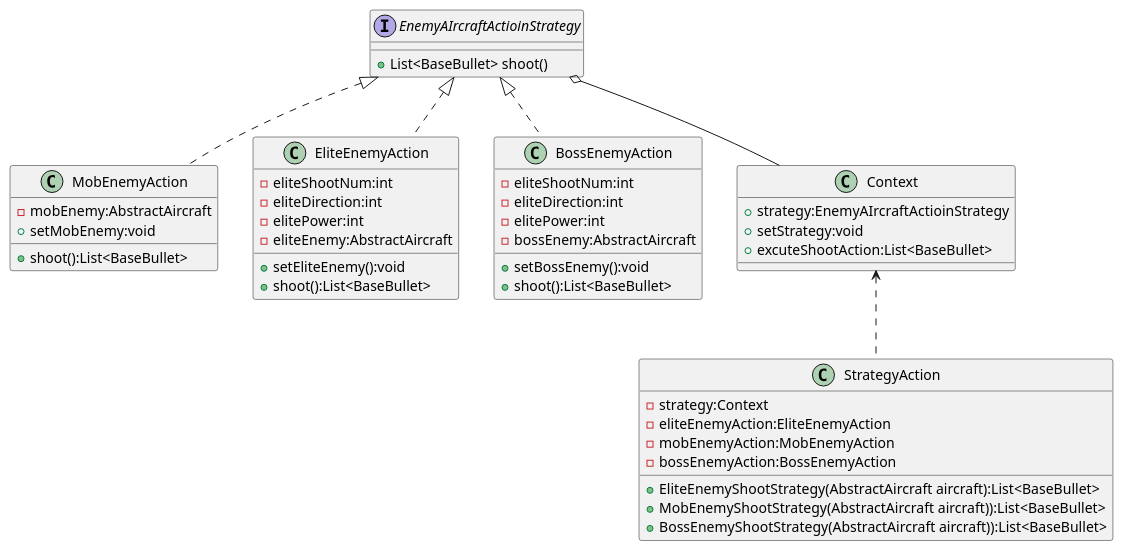
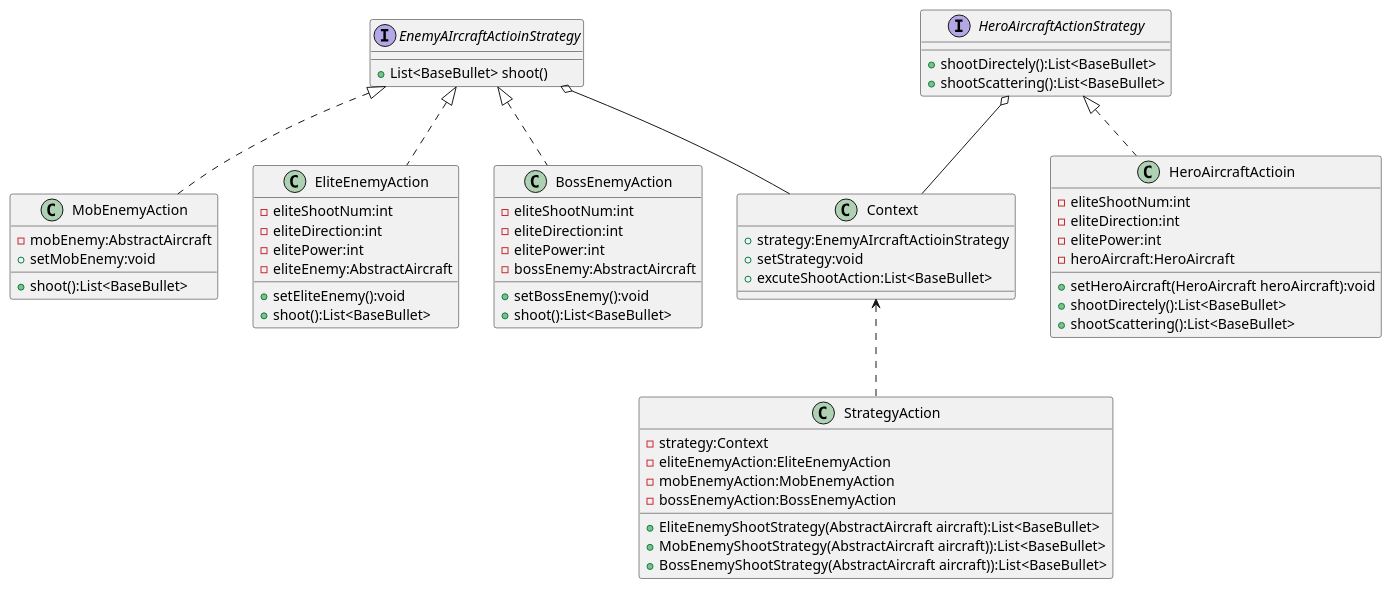
The diagram in uml/AIrcraftStrategy.puml (violence-max/GameAircraft), drawn with PlantUML before and after one commit. The commit also changed 3 other files, not shown here.

Commit message:
feat:为策略模式新增与英雄机相关的类图

```diff
--- a/uml/AIrcraftStrategy.puml
+++ b/uml/AIrcraftStrategy.puml
@@ -1,55 +1,73 @@
 @startuml
 'https://plantuml.com/class-diagram
 
 interface EnemyAIrcraftActioinStrategy{
     +List<BaseBullet> shoot()
 }
 
 class MobEnemyAction{
     - mobEnemy:AbstractAircraft
     + setMobEnemy:void
     + shoot():List<BaseBullet>
 }
 
 class EliteEnemyAction{
     - eliteShootNum:int
     - eliteDirection:int
     - elitePower:int
     - eliteEnemy:AbstractAircraft
     + setEliteEnemy():void
     + shoot():List<BaseBullet>
 }
 
 class BossEnemyAction{
     - eliteShootNum:int
     - eliteDirection:int
     - elitePower:int
     - bossEnemy:AbstractAircraft
     + setBossEnemy():void
     + shoot():List<BaseBullet>
 }
 
 EnemyAIrcraftActioinStrategy <|.. BossEnemyAction
 EnemyAIrcraftActioinStrategy <|.. EliteEnemyAction
 EnemyAIrcraftActioinStrategy <|.. MobEnemyAction
 
 class Context{
     + strategy:EnemyAIrcraftActioinStrategy
     + setStrategy:void
     + excuteShootAction:List<BaseBullet>
 }
 
 EnemyAIrcraftActioinStrategy o-- Context
 
 class StrategyAction{
     - strategy:Context
     - eliteEnemyAction:EliteEnemyAction
     - mobEnemyAction:MobEnemyAction
     - bossEnemyAction:BossEnemyAction
     + EliteEnemyShootStrategy(AbstractAircraft aircraft):List<BaseBullet>
     + MobEnemyShootStrategy(AbstractAircraft aircraft)):List<BaseBullet>
     +BossEnemyShootStrategy(AbstractAircraft aircraft)):List<BaseBullet>
 }
 
 Context <.. StrategyAction
+
+class HeroAircraftActioin{
+    - eliteShootNum:int
+    - eliteDirection:int
+    - elitePower:int
+    - heroAircraft:HeroAircraft
+    + setHeroAircraft(HeroAircraft heroAircraft):void
+    + shootDirectely():List<BaseBullet>
+    + shootScattering():List<BaseBullet>
+}
+
+interface HeroAircraftActionStrategy{
+    + shootDirectely():List<BaseBullet>
+    + shootScattering():List<BaseBullet>
+}
+
+HeroAircraftActionStrategy <|.. HeroAircraftActioin
+HeroAircraftActionStrategy o-- Context
 @enduml
```
